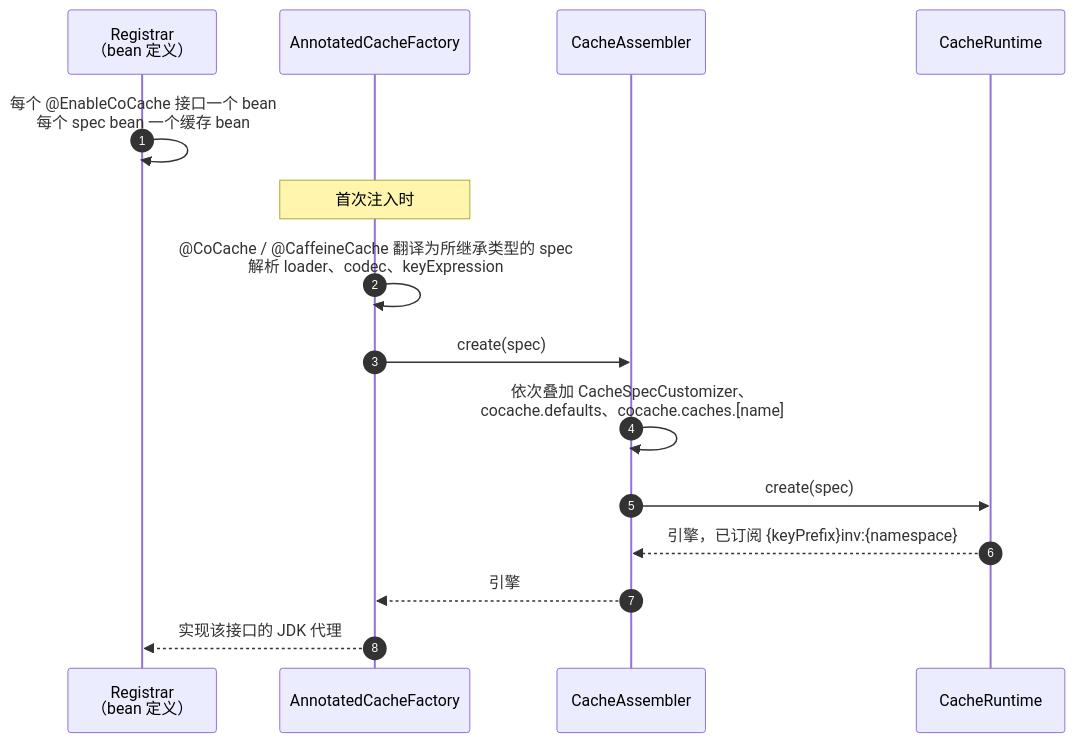
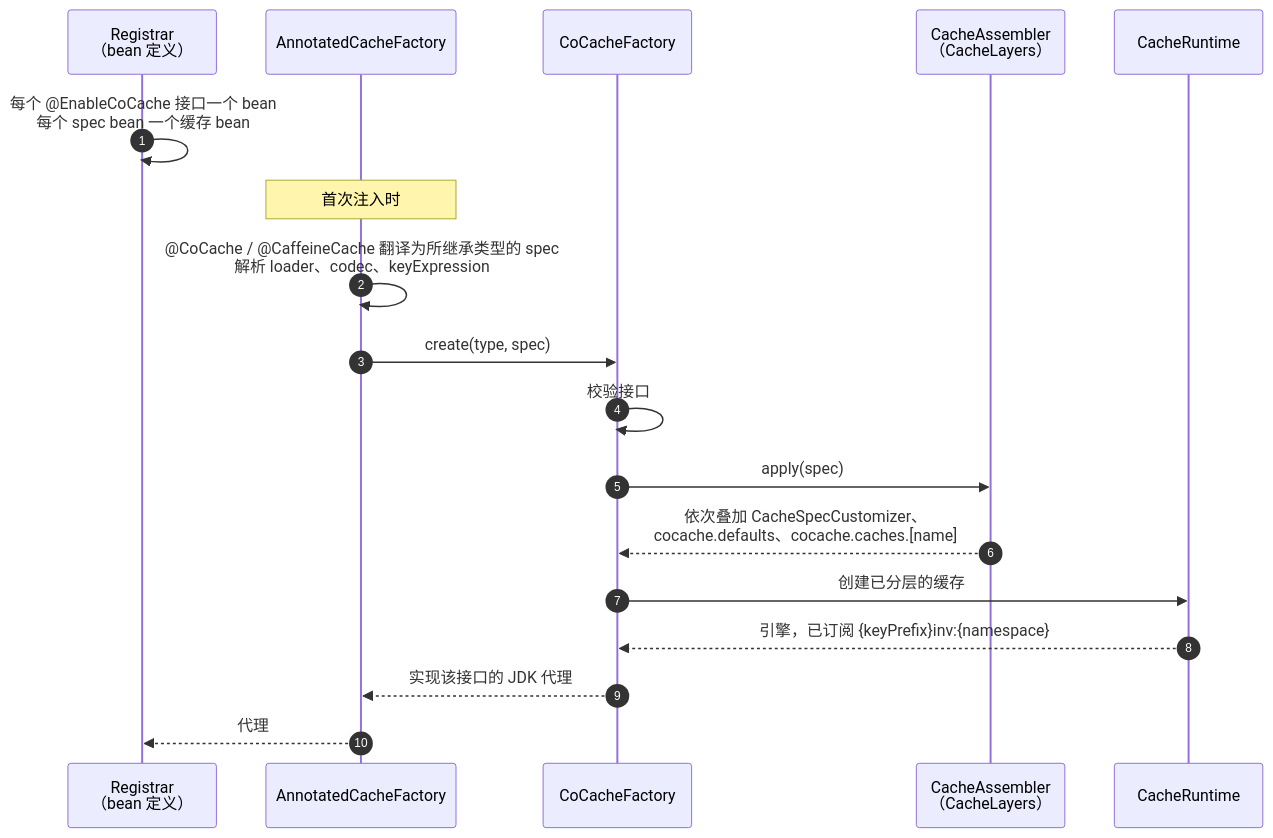
One commit to Ahoo-Wang/CoCache changed the second of 2 diagrams in wiki/zh/architecture/index.md. Above: the diagram before and after it, drawn with Mermaid. The commit also changed other lines of this file and 35 other files, not shown here.

First line of the commit message:
feat!: add CoCacheFactory

````diff
--- a/wiki/zh/architecture/index.md
+++ b/wiki/zh/architecture/index.md
@@ -97,17 +97,20 @@
 ```mermaid
 sequenceDiagram
     autonumber
     participant Reg as Registrar<br>（bean 定义）
     participant Fac as AnnotatedCacheFactory
-    participant Asm as CacheAssembler
+    participant F as CoCacheFactory
+    participant Asm as CacheAssembler<br>（CacheLayers）
     participant RT as CacheRuntime
     Reg->>Reg: 每个 @EnableCoCache 接口一个 bean<br>每个 spec bean 一个缓存 bean
     Note over Fac: 首次注入时
     Fac->>Fac: @CoCache / @CaffeineCache 翻译为所继承类型的 spec<br>解析 loader、codec、keyExpression
-    Fac->>Asm: create(spec)
-    Asm->>Asm: 依次叠加 CacheSpecCustomizer、<br>cocache.defaults、cocache.caches.[name]
-    Asm->>RT: create(spec)
-    RT-->>Asm: 引擎，已订阅 {keyPrefix}inv:{namespace}
-    Asm-->>Fac: 引擎
-    Fac-->>Reg: 实现该接口的 JDK 代理
+    Fac->>F: create(type, spec)
+    F->>F: 校验接口
+    F->>Asm: apply(spec)
+    Asm-->>F: 依次叠加 CacheSpecCustomizer、<br>cocache.defaults、cocache.caches.[name]
+    F->>RT: 创建已分层的缓存
+    RT-->>F: 引擎，已订阅 {keyPrefix}inv:{namespace}
+    F-->>Fac: 实现该接口的 JDK 代理
+    Fac-->>Reg: 代理
 ```
````
